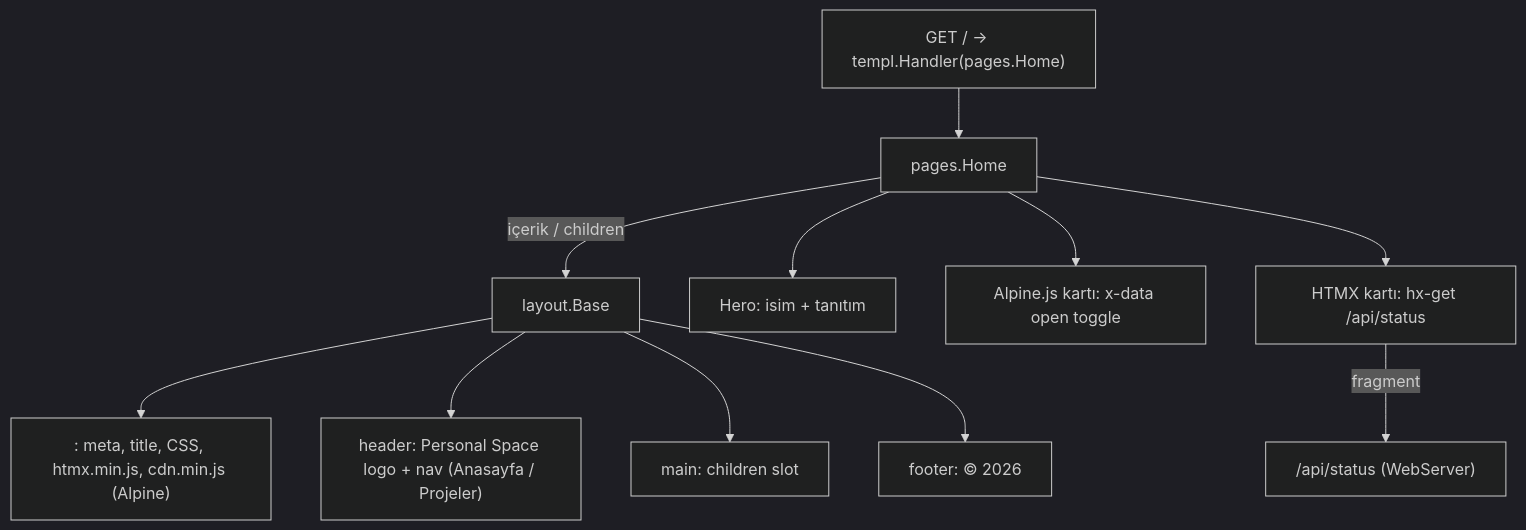
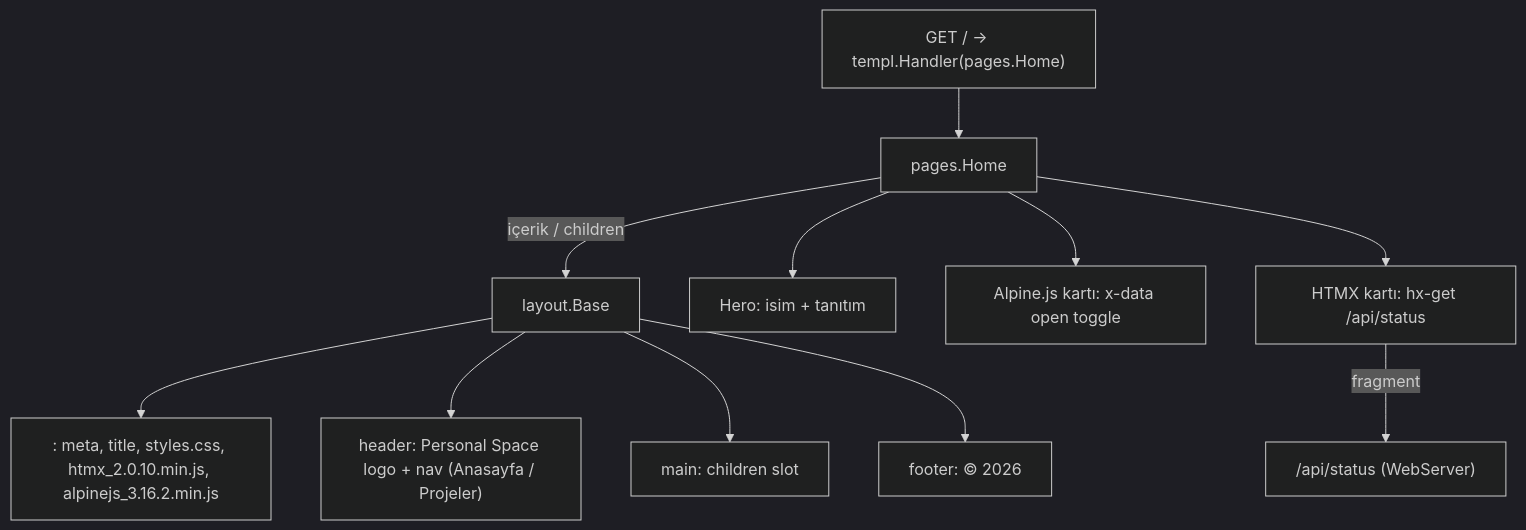
The diagram in docs/wiki/TemplViews.md (ozkansen/ozkansen.com), drawn with Mermaid (dark theme) before and after one commit. The commit also changed other lines of this file and 6 other files, not shown here.

````diff
--- a/docs/wiki/TemplViews.md
+++ b/docs/wiki/TemplViews.md
@@ -25,15 +25,15 @@
 ```mermaid
 flowchart TD
     Route["GET / → templ.Handler(pages.Home)"] --> Home[pages.Home]
     Home -->|"içerik / children"| Base[layout.Base]
 
-    Base --> Head["<head>: meta, title, CSS, htmx.min.js, cdn.min.js (Alpine)"]
+    Base --> Head["<head>: meta, title, styles.css, htmx_2.0.10.min.js, alpinejs_3.16.2.min.js"]
     Base --> Header["header: Personal Space logo + nav (Anasayfa / Projeler)"]
     Base --> Main["main: children slot"]
     Base --> Footer["footer: © 2026"]
 
     Home --> Hero[Hero: isim + tanıtım]
     Home --> AlpineCard["Alpine.js kartı: x-data open toggle"]
     Home --> HtmxCard["HTMX kartı: hx-get /api/status"]
     HtmxCard -->|"fragment"| API["/api/status (WebServer)"]
 ```
````
